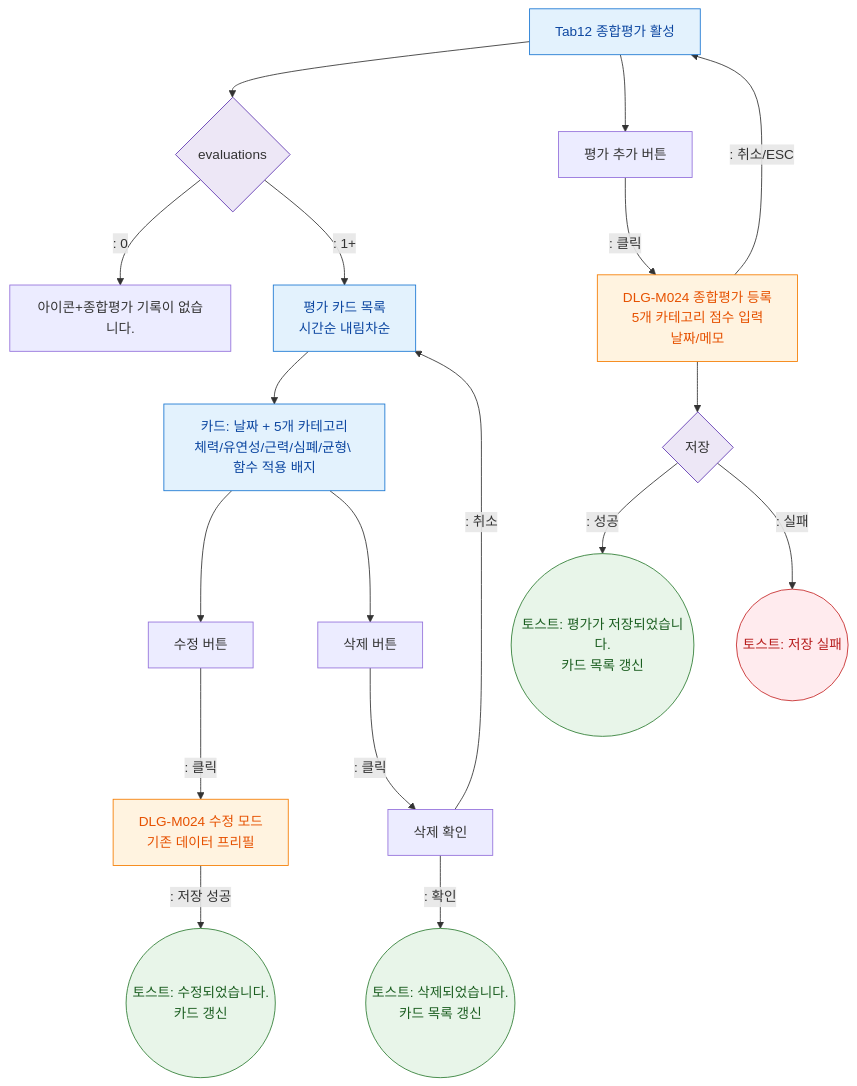
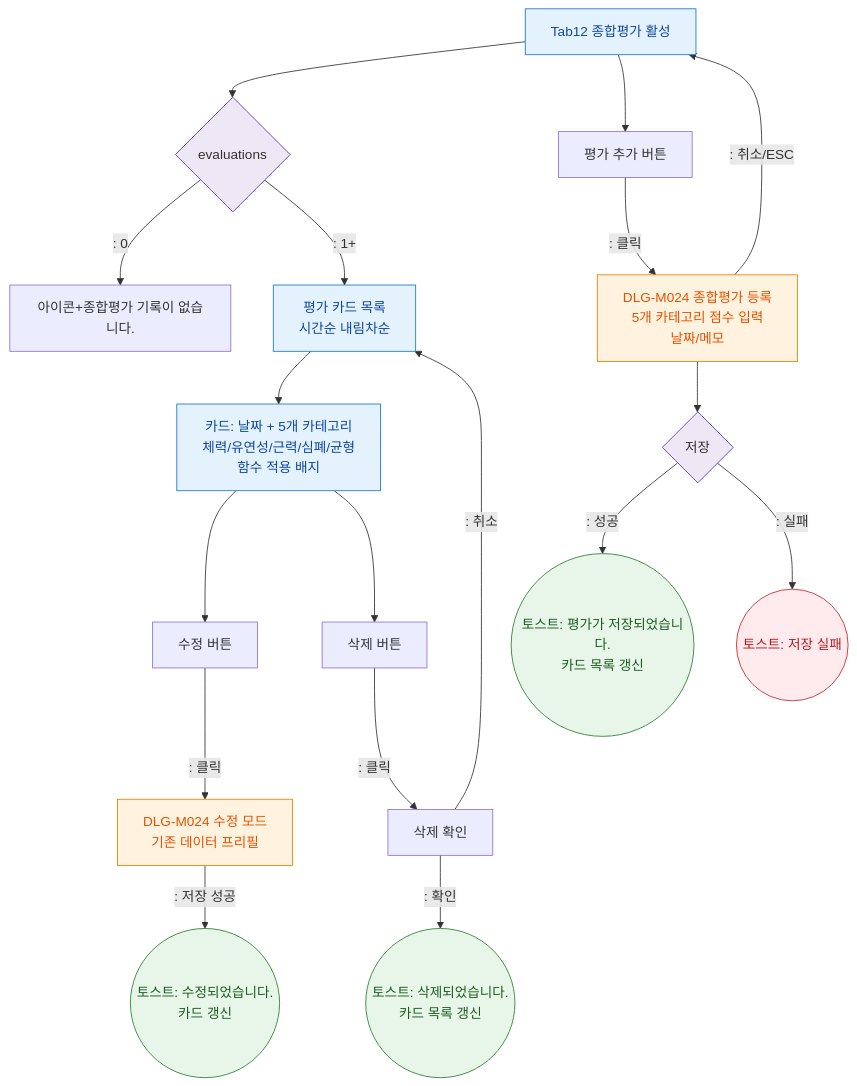
Before and after one commit to dev-spogym/admin-pando: the diagram in docs/admin/다이어그램/D02_회원관리/SCR-M004_회원상세/Tab12_종합평가/F2_메인.md, drawn with Mermaid. The commit also changed 369 other files, not shown here.

````diff
--- a/docs/admin/다이어그램/D02_회원관리/SCR-M004_회원상세/Tab12_종합평가/F2_메인.md
+++ b/docs/admin/다이어그램/D02_회원관리/SCR-M004_회원상세/Tab12_종합평가/F2_메인.md
@@ -21,37 +21,37 @@
 ```mermaid
 flowchart TD
   TAB[Tab12 종합평가 활성] --> LIST{evaluations}
 
   LIST -->|": 0"|EMPTY[아이콘+종합평가 기록이 없습니다.]
   LIST -->|": 1+"|CARDS[평가 카드 목록\n시간순 내림차순]
 
-  CARDS --> CARD[카드: 날짜 + 5개 카테고리\n체력/유연성/근력/심폐/균형\ 함수 적용 배지]
+  CARDS --> CARD[카드: 날짜 + 5개 카테고리\n체력/유연성/근력/심폐/균형<br/> 함수 적용 배지]
 
   TAB --> ADD_BTN[평가 추가 버튼]
   ADD_BTN -->|": 클릭"|DLG_M024[DLG-M024 종합평가 등록\n5개 카테고리 점수 입력\n날짜/메모]
 
   DLG_M024 --> SAVE_BTN{저장}
   SAVE_BTN -->|": 성공"|INSERT_OK((토스트: 평가가 저장되었습니다.\n카드 목록 갱신))
   SAVE_BTN -->|": 실패"|INSERT_ERR((토스트: 저장 실패))
   DLG_M024 -->|": 취소/ESC"|TAB
 
   CARD --> EDIT_BTN[수정 버튼]
   EDIT_BTN -->|": 클릭"|EDIT_DLG[DLG-M024 수정 모드\n기존 데이터 프리필]
   EDIT_DLG -->|": 저장 성공"|UPDATE_OK((토스트: 수정되었습니다.\n카드 갱신))
 
   CARD --> DEL_BTN[삭제 버튼]
   DEL_BTN -->|": 클릭"|DEL_CONFIRM[삭제 확인]
   DEL_CONFIRM -->|": 확인"|DEL_OK((토스트: 삭제되었습니다.\n카드 목록 갱신))
   DEL_CONFIRM -->|": 취소"|CARDS
 
   classDef screen fill:#E3F2FD,stroke:#1976D2,color:#0D47A1
   classDef modal fill:#FFF3E0,stroke:#F57C00,color:#E65100
   classDef success fill:#E8F5E9,stroke:#2E7D32,color:#1B5E20
   classDef error fill:#FFEBEE,stroke:#C62828,color:#B71C1C
   classDef system fill:#EDE7F6,stroke:#5E35B2
   class TAB,CARDS,CARD screen
   class DLG_M024,EDIT_DLG modal
   class INSERT_OK,UPDATE_OK,DEL_OK success
   class INSERT_ERR error
   class LIST,SAVE_BTN system
 ```
````
